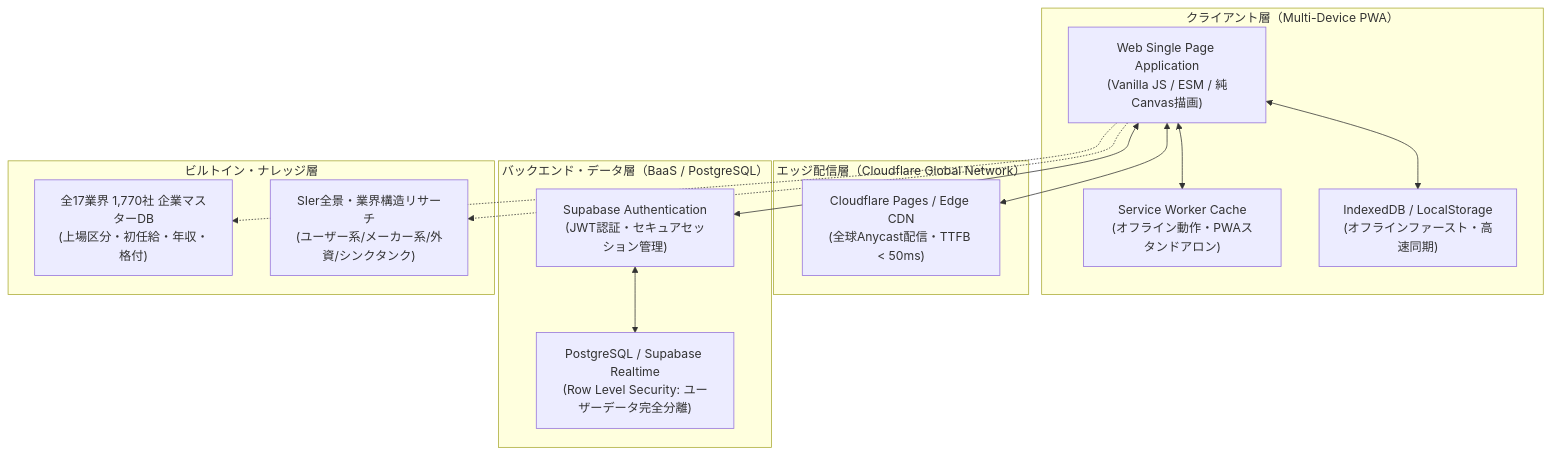
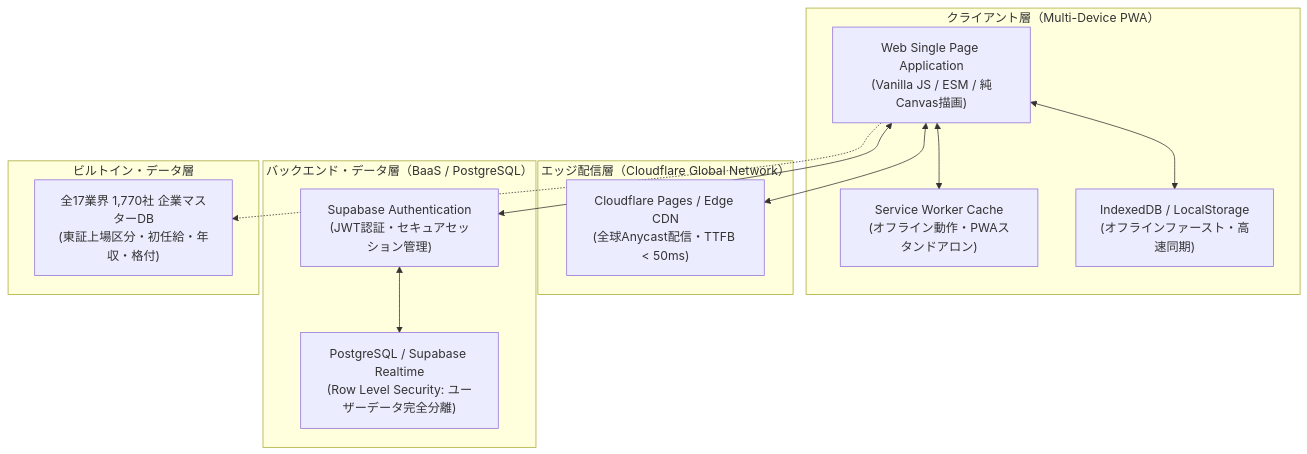
One commit to michaelho1117-cloud/syukatsu.win changed the diagram in README.md. Above: the diagram before and after it, drawn with Mermaid. The commit also changed other lines of this file and 2 other files, not shown here.

Commit message:
chore: remove SIer private research database from showcase; focus solely on core 17-industry enterprise catalog

````diff
--- a/README.md
+++ b/README.md
@@ -82,30 +82,28 @@
 ```mermaid
 flowchart TD
     subgraph Client["クライアント層（Multi-Device PWA）"]
         UI["Web Single Page Application\n(Vanilla JS / ESM / 純Canvas描画)"]
         SW["Service Worker Cache\n(オフライン動作・PWAスタンドアロン)"]
         LS["IndexedDB / LocalStorage\n(オフラインファースト・高速同期)"]
     end
 
     subgraph Edge["エッジ配信層（Cloudflare Global Network）"]
         CF["Cloudflare Pages / Edge CDN\n(全球Anycast配信・TTFB < 50ms)"]
     end
 
     subgraph Backend["バックエンド・データ層（BaaS / PostgreSQL）"]
         SupaAuth["Supabase Authentication\n(JWT認証・セキュアセッション管理)"]
         SupaDB["PostgreSQL / Supabase Realtime\n(Row Level Security: ユーザーデータ完全分離)"]
     end
 
-    subgraph Dataset["ビルトイン・ナレッジ層"]
-        MasterDB["全17業界 1,770社 企業マスターDB\n(上場区分・初任給・年収・格付)"]
-        Landscape["SIer全景・業界構造リサーチ\n(ユーザー系/メーカー系/外資/シンクタンク)"]
+    subgraph Dataset["ビルトイン・データ層"]
+        MasterDB["全17業界 1,770社 企業マスターDB\n(東証上場区分・初任給・年収・格付)"]
     end
 
     UI <--> CF
     UI <--> SW
     UI <--> LS
     UI <--> SupaAuth
     SupaAuth <--> SupaDB
     UI -.-> MasterDB
-    UI -.-> Landscape
 ```
````
